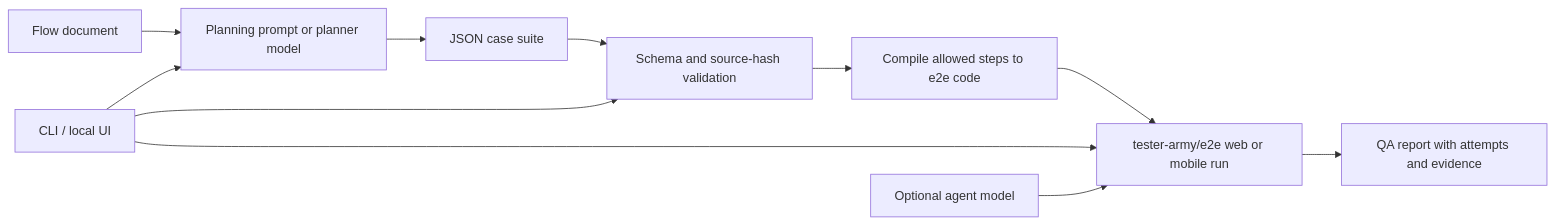
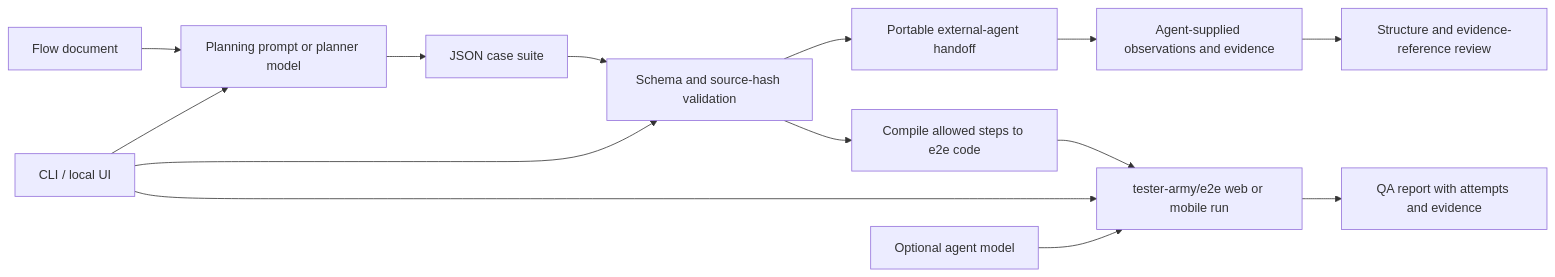
One commit to hyeonse-swing/flow-qa changed the diagram in docs/architecture.md. Above: the diagram before and after it, drawn with Mermaid. The commit also changed other lines of this file and 11 other files, not shown here.

````diff
--- a/docs/architecture.md
+++ b/docs/architecture.md
@@ -5,13 +5,16 @@
 ```mermaid
 flowchart LR
   A[Flow document] --> B[Planning prompt or planner model]
   B --> C[JSON case suite]
   C --> D[Schema and source-hash validation]
+  D --> J[Portable external-agent handoff]
+  J --> K[Agent-supplied observations and evidence]
+  K --> L[Structure and evidence-reference review]
   D --> E[Compile allowed steps to e2e code]
   E --> F[tester-army/e2e web or mobile run]
   F --> G[QA report with attempts and evidence]
   H[CLI / local UI] --> B
   H --> D
   H --> F
   I[Optional agent model] --> F
 ```
````
